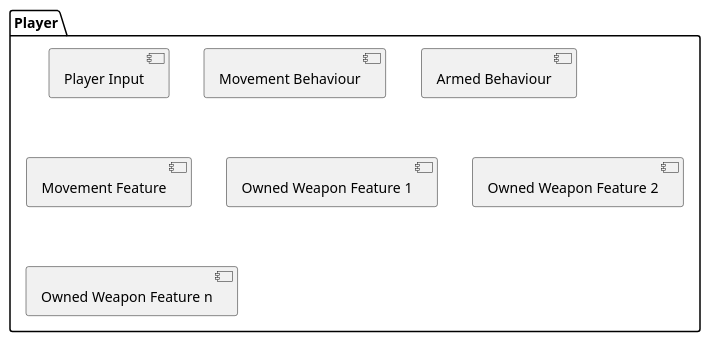
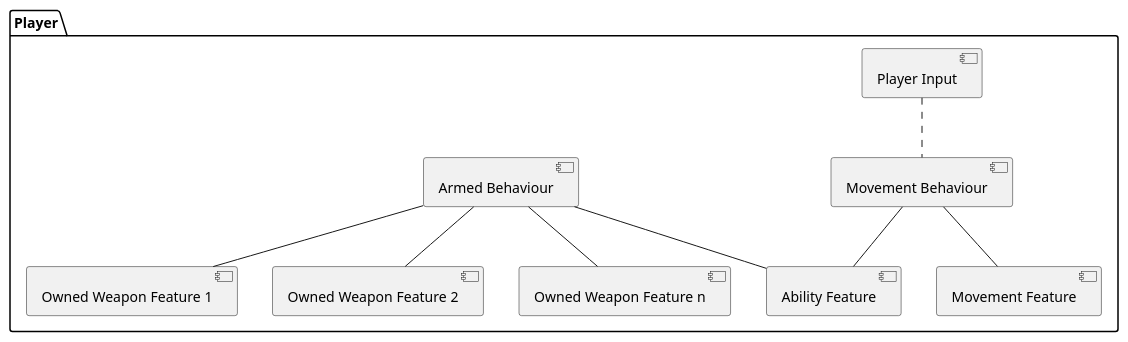
One commit to Famoose/marine-survivors changed the diagram in docs/01_Implementation/Prefabs/Player.puml. Above: the diagram before and after it, drawn with PlantUML. The commit also changed 3 other files, not shown here.

Commit message:
Adding Ability Feature to Armed Behaviour and created diagram of player

```diff
--- a/docs/01_Implementation/Prefabs/Player.puml
+++ b/docs/01_Implementation/Prefabs/Player.puml
@@ -1,13 +1,24 @@
 @startuml
 
 package Player {
     [Player Input] as playerInput
     [Movement Behaviour] as movementBeh
     [Armed Behaviour] as armedBeh
     [Movement Feature] as movementFea
     [Owned Weapon Feature 1] as weaponFea1
     [Owned Weapon Feature 2] as weaponFea2
     [Owned Weapon Feature n] as weaponFean
+    [Ability Feature] as abilityFea
 }
 
+movementBeh -- movementFea
+movementBeh -- abilityFea
+
+armedBeh -- weaponFea1
+armedBeh -- weaponFea2
+armedBeh -- weaponFean
+armedBeh -- abilityFea
+
+playerInput .. movementBeh
+
 @enduml
```
